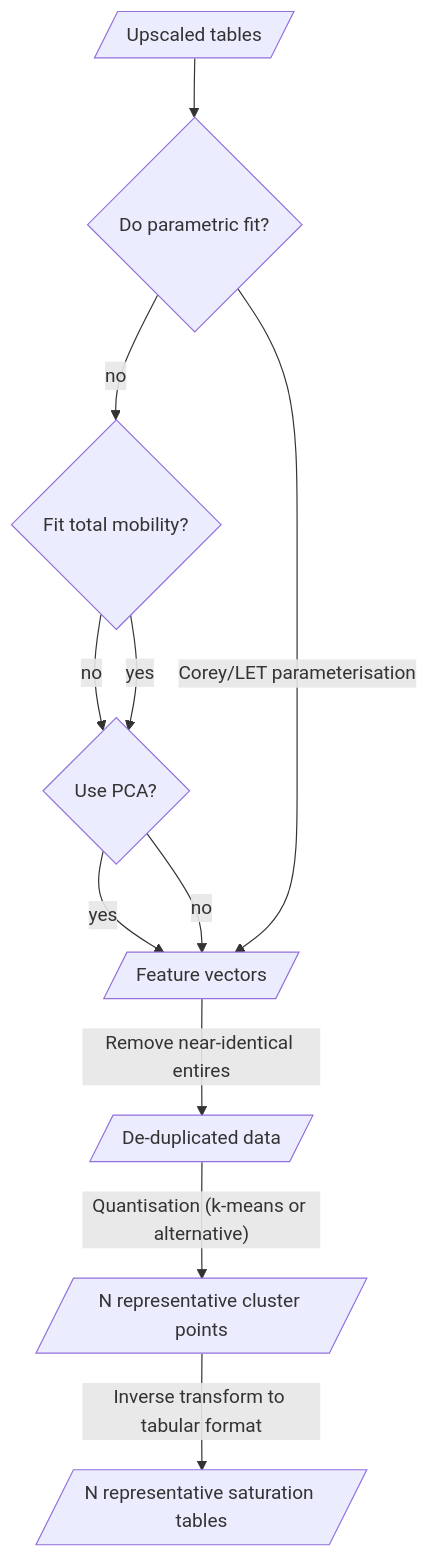
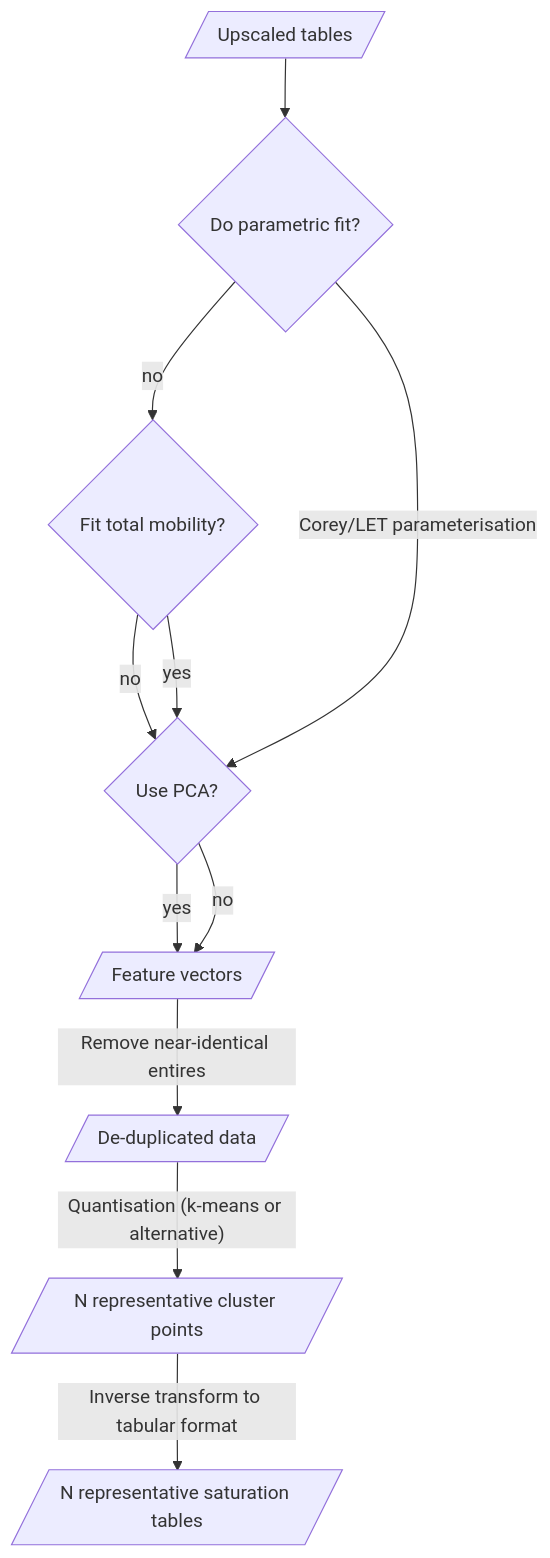
The first of 2 diagrams in src/compress/README.md (ImperialCollegeLondon/StrataTrapper), drawn with Mermaid before and after one commit.

Commit message:
upd diagram

````diff
--- a/src/compress/README.md
+++ b/src/compress/README.md
@@ -35,28 +35,28 @@
 ```mermaid
 flowchart TD
 upsc[/Upscaled tables/]
 
 
 do_param_fit{Do parametric fit?}
 embed{Fit total mobility?}
 red{Use PCA?}
 
 latent[/Feature vectors/]
 
 clean[/De-duplicated data/]
 
 repr[/N representative cluster points/]
 tabs[/N representative saturation tables/]
 
 upsc --> do_param_fit
 do_param_fit -- no --> embed
 embed -- no --> red
 embed -- yes --> red
 red -- yes --> latent
 red -- no --> latent
-do_param_fit-- Corey/LET parameterisation --> latent
+do_param_fit-- Corey/LET parameterisation --> red
 latent -- Remove near-identical entires --> clean
 clean -- "Quantisation (k-means or alternative)" --> repr
 repr -- "Inverse transform to tabular format" --> tabs
 
 ```
````
